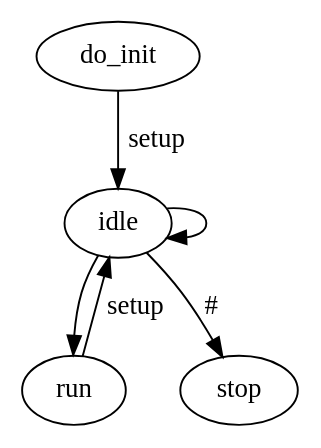
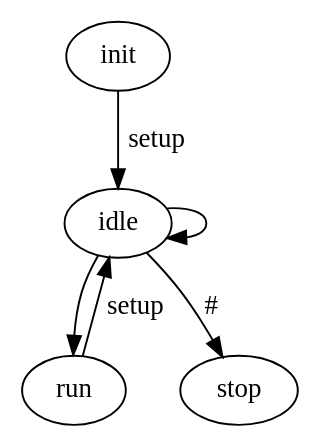
One commit to pbosetti/c-cnc changed the diagram in fsm2.dot. Above: the diagram before and after it, drawn with Graphviz.

Commit message:
Adapted fsm2.dot to last version of gv_fsm

```diff
--- a/fsm2.dot
+++ b/fsm2.dot
@@ -1,12 +1,12 @@
 digraph "CCNC" {
-    init [label="do_init"]
+    init
     idle
     run
     stop
 
     init -> idle [label="setup"]
     idle -> idle
     idle -> run
     run -> idle [label="setup"]
     idle -> stop [label="#"]
 }
```
